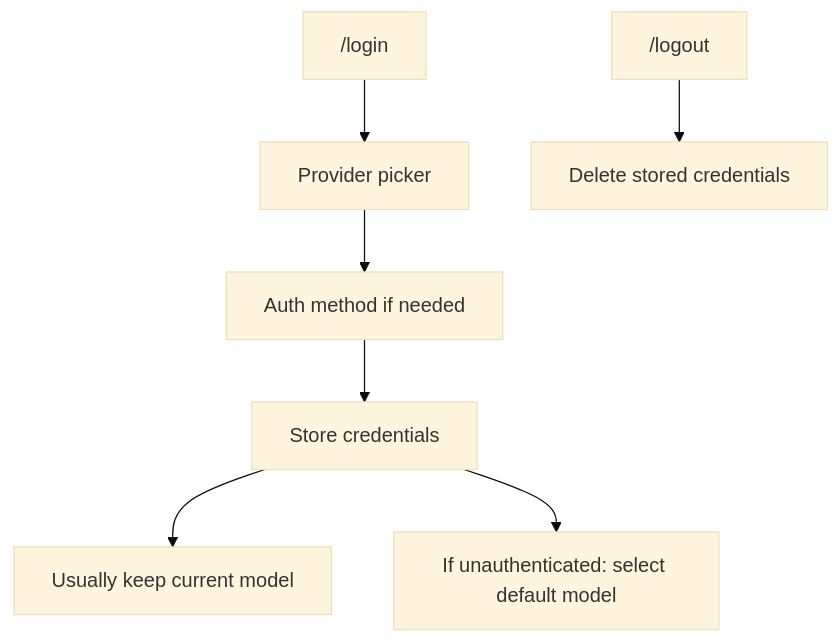
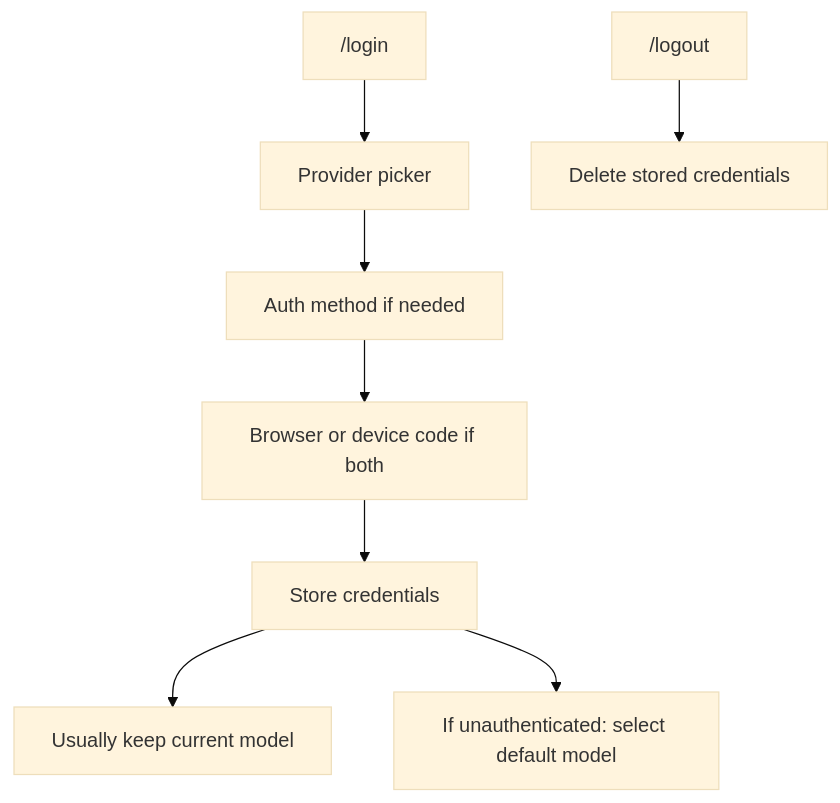
One commit to matthewyjiang/rho changed the third of 4 diagrams in docs/authentication-and-models.md. Above: the diagram before and after it, drawn with Mermaid (base theme). The commit also changed other lines of this file and 15 other files, not shown here.

First line of the commit message:
feat(tui): choose device-code login even when a browser is available (#1229)

````diff
--- a/docs/authentication-and-models.md
+++ b/docs/authentication-and-models.md
@@ -85,9 +85,10 @@
 ```mermaid
 flowchart TD
     loginCmd["/login"] --> pick[Provider picker]
     pick --> method[Auth method if needed]
-    method --> creds[Store credentials]
+    method --> flow[Browser or device code if both]
+    flow --> creds[Store credentials]
     creds --> keep[Usually keep current model]
     creds --> bootstrap[If unauthenticated: select default model]
     logoutCmd["/logout"] --> remove[Delete stored credentials]
 ```
````
